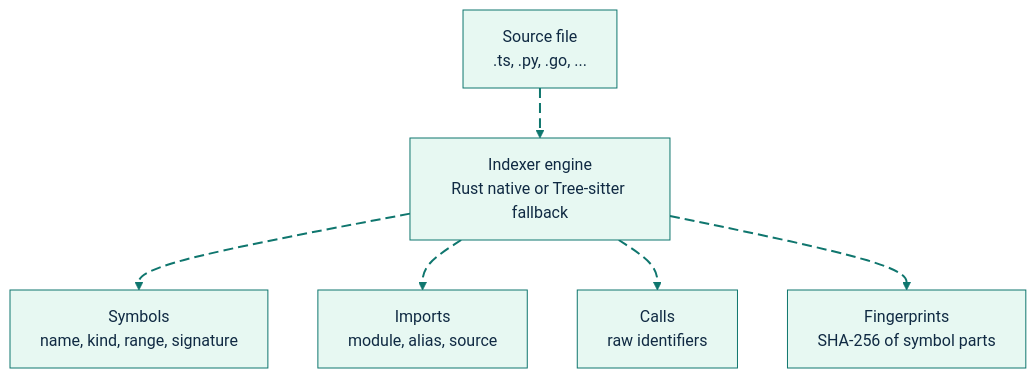
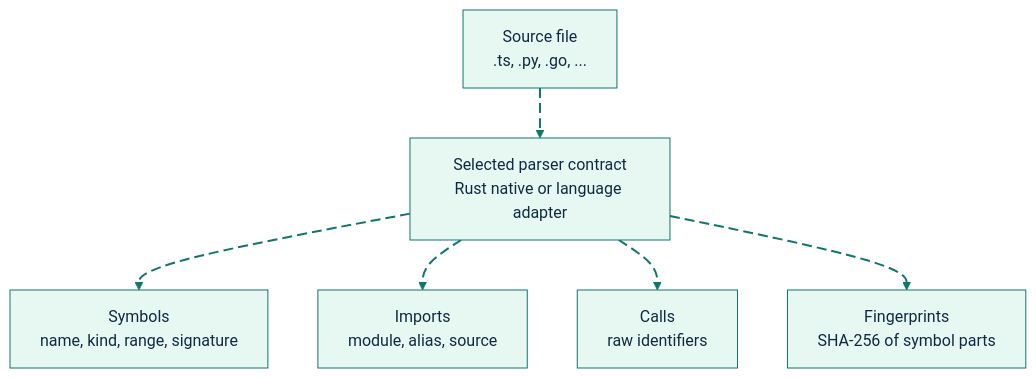
One commit to ClawfficeOrg/sdl-mcp changed the third of 15 diagrams in docs/architecture.md. Above: the diagram before and after it, drawn with Mermaid. The commit also changed other lines of this file and 9 other files, not shown here.

````diff
--- a/docs/architecture.md
+++ b/docs/architecture.md
@@ -152,18 +152,18 @@
 ```mermaid
 %%{init: {"theme":"base","themeVariables":{"background":"#ffffff","primaryColor":"#E7F8F2","primaryBorderColor":"#0F766E","primaryTextColor":"#102A43","secondaryColor":"#E8F1FF","secondaryBorderColor":"#2563EB","secondaryTextColor":"#102A43","tertiaryColor":"#FFF4D6","tertiaryBorderColor":"#B45309","tertiaryTextColor":"#102A43","lineColor":"#0F766E","textColor":"#102A43","fontFamily":"Inter, ui-sans-serif, system-ui, -apple-system, BlinkMacSystemFont, Segoe UI, sans-serif"},"flowchart":{"curve":"basis","htmlLabels":true}}}%%
 flowchart TD
-    Source["Source file<br/>.ts, .py, .go, ..."] e1@--> Engine["Indexer engine<br/>Rust native or Tree-sitter fallback"]
+    Source["Source file<br/>.ts, .py, .go, ..."] e1@--> Engine["Selected parser contract<br/>Rust native or language adapter"]
     Engine e2@--> Symbols["Symbols<br/>name, kind, range, signature"]
     Engine e3@--> Imports["Imports<br/>module, alias, source"]
     Engine e4@--> Calls["Calls<br/>raw identifiers"]
     Engine e5@--> Fingerprints["Fingerprints<br/>SHA-256 of symbol parts"]
 
     classDef source fill:#E7F8F2,stroke:#0F766E,stroke-width:2px,color:#102A43;
     classDef process fill:#E8F1FF,stroke:#2563EB,stroke-width:2px,color:#102A43;
     classDef decision fill:#FFF4D6,stroke:#B45309,stroke-width:2px,color:#102A43;
     classDef storage fill:#F2E8FF,stroke:#7C3AED,stroke-width:2px,color:#102A43;
     classDef output fill:#FFE8EF,stroke:#BE123C,stroke-width:2px,color:#102A43;
     classDef muted fill:#F8FAFC,stroke:#64748B,stroke-width:1px,color:#102A43;
     classDef animate stroke:#0F766E,stroke-width:2px,stroke-dasharray:10\,5,stroke-dashoffset:900,animation:dash 22s linear infinite;
     class e1,e2,e3,e4,e5 animate;
 ```
````
